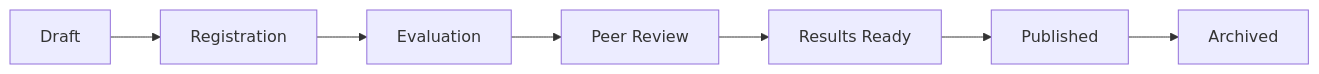
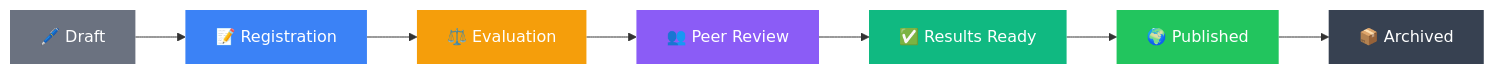
The diagram in README.md (omartantawy360/edu-por-3), drawn with Mermaid before and after one commit. The commit also changed other lines of this file, not shown here.

````diff
--- a/README.md
+++ b/README.md
@@ -87,9 +152,17 @@
 ```mermaid
 graph LR
-    A[Draft] --> B[Registration]
-    B --> C[Evaluation]
-    C --> D[Peer Review]
-    D --> E[Results Ready]
-    E --> F[Published]
-    F --> G[Archived]
+    A[🖊️ Draft] --> B[📝 Registration]
+    B --> C[⚖️ Evaluation]
+    C --> D[👥 Peer Review]
+    D --> E[✅ Results Ready]
+    E --> F[🌍 Published]
+    F --> G[📦 Archived]
+
+    style A fill:#6B7280,color:#fff,stroke:none
+    style B fill:#3B82F6,color:#fff,stroke:none
+    style C fill:#F59E0B,color:#fff,stroke:none
+    style D fill:#8B5CF6,color:#fff,stroke:none
+    style E fill:#10B981,color:#fff,stroke:none
+    style F fill:#22C55E,color:#fff,stroke:none
+    style G fill:#374151,color:#fff,stroke:none
 ```
````
